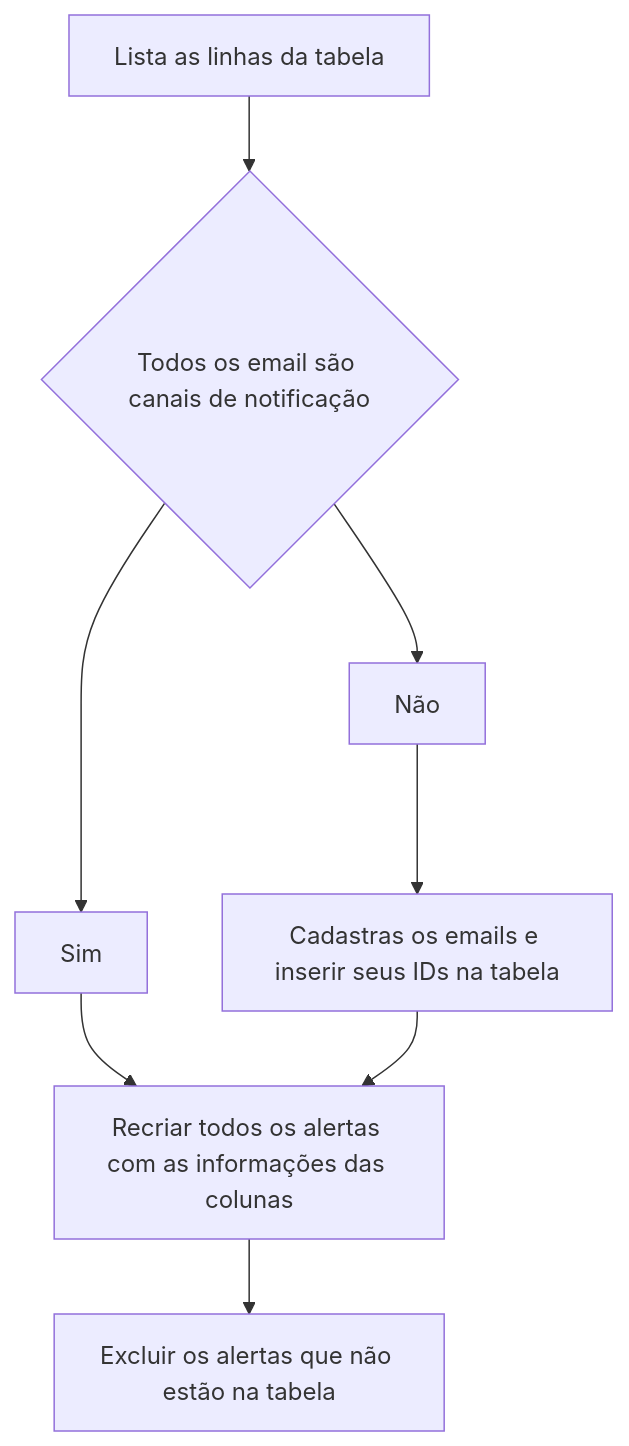
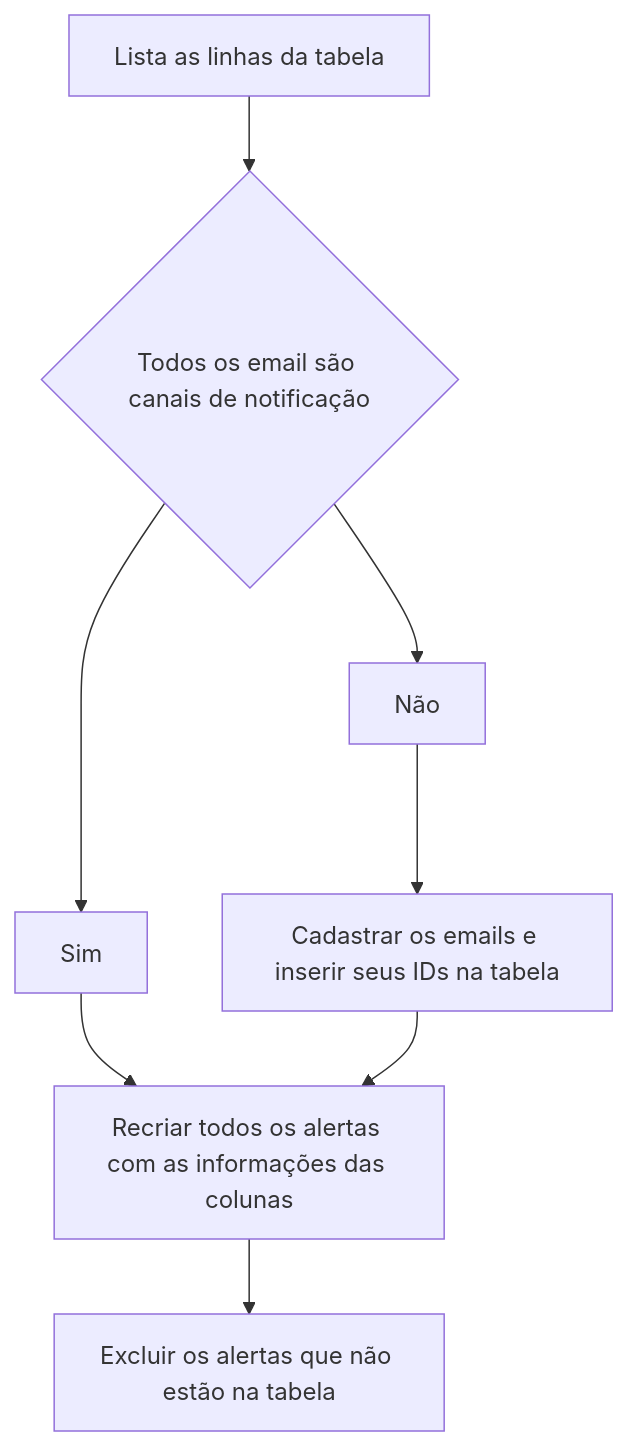
Before and after one commit to 2RP-Squad404/Back-Ops: the fourth of 4 diagrams in workflow.md, drawn with Mermaid. The commit also changed other lines of this file, not shown here.

````diff
--- a/workflow.md
+++ b/workflow.md
@@ -126,9 +157,9 @@
 ```mermaid
 flowchart TD
     A[Lista as linhas da tabela] --> B{Todos os email são canais de notificação}
     B --> C[Sim]
     C --> D[Recriar todos os alertas com as informações das colunas]
     D --> E[Excluir os alertas que não estão na tabela]
-    B --> G[Não] ---> F[Cadastras os emails e inserir seus IDs na tabela]
+    B --> G[Não] ---> F[Cadastrar os emails e inserir seus IDs na tabela]
     F --> D
 ```
````
